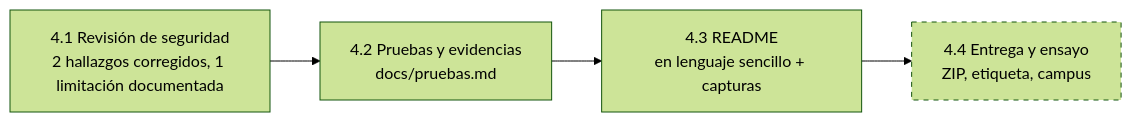
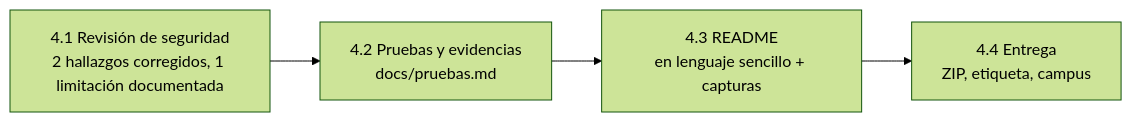
The diagram in docs/resumenes/fase-4.md (Akrahan/Tracker_Randomlocke), drawn with Mermaid (forest theme) before and after one commit. The commit also changed other lines of this file and 2 other files, not shown here.

````diff
--- a/docs/resumenes/fase-4.md
+++ b/docs/resumenes/fase-4.md
@@ -11,7 +11,6 @@
 ```mermaid
 flowchart LR
     A["4.1 Revisión de seguridad<br/>2 hallazgos corregidos, 1 limitación documentada"] --> B["4.2 Pruebas y evidencias<br/>docs/pruebas.md"]
     B --> C["4.3 README<br/>en lenguaje sencillo + capturas"]
-    C --> D["4.4 Entrega y ensayo<br/>ZIP, etiqueta, campus"]:::pendiente
-    classDef pendiente stroke-dasharray: 5 5
+    C --> D["4.4 Entrega<br/>ZIP, etiqueta, campus"]
 ```
````
